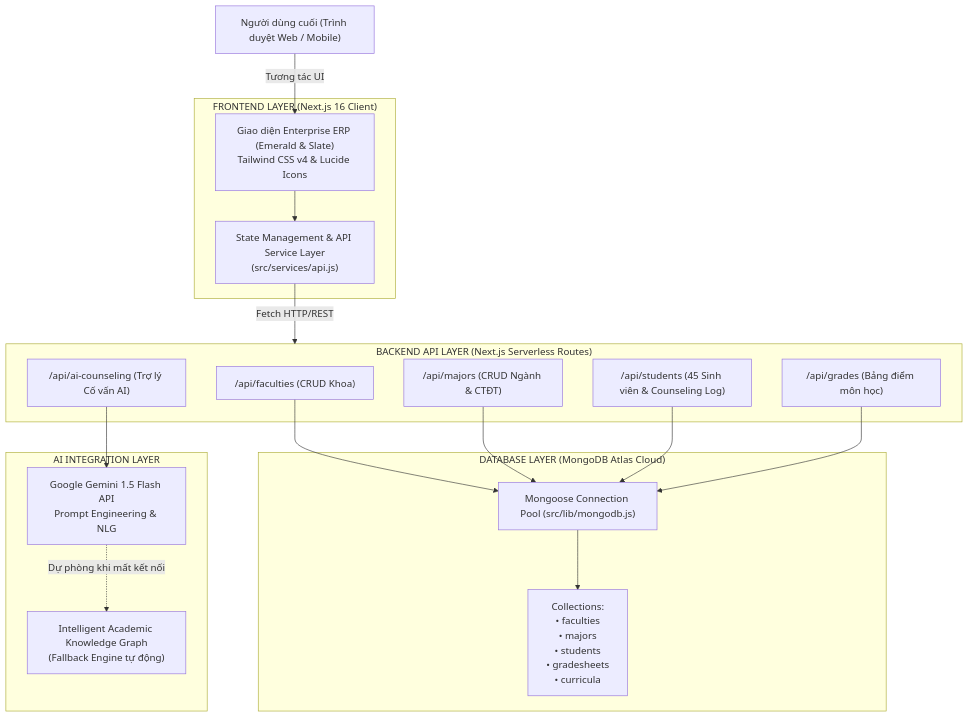
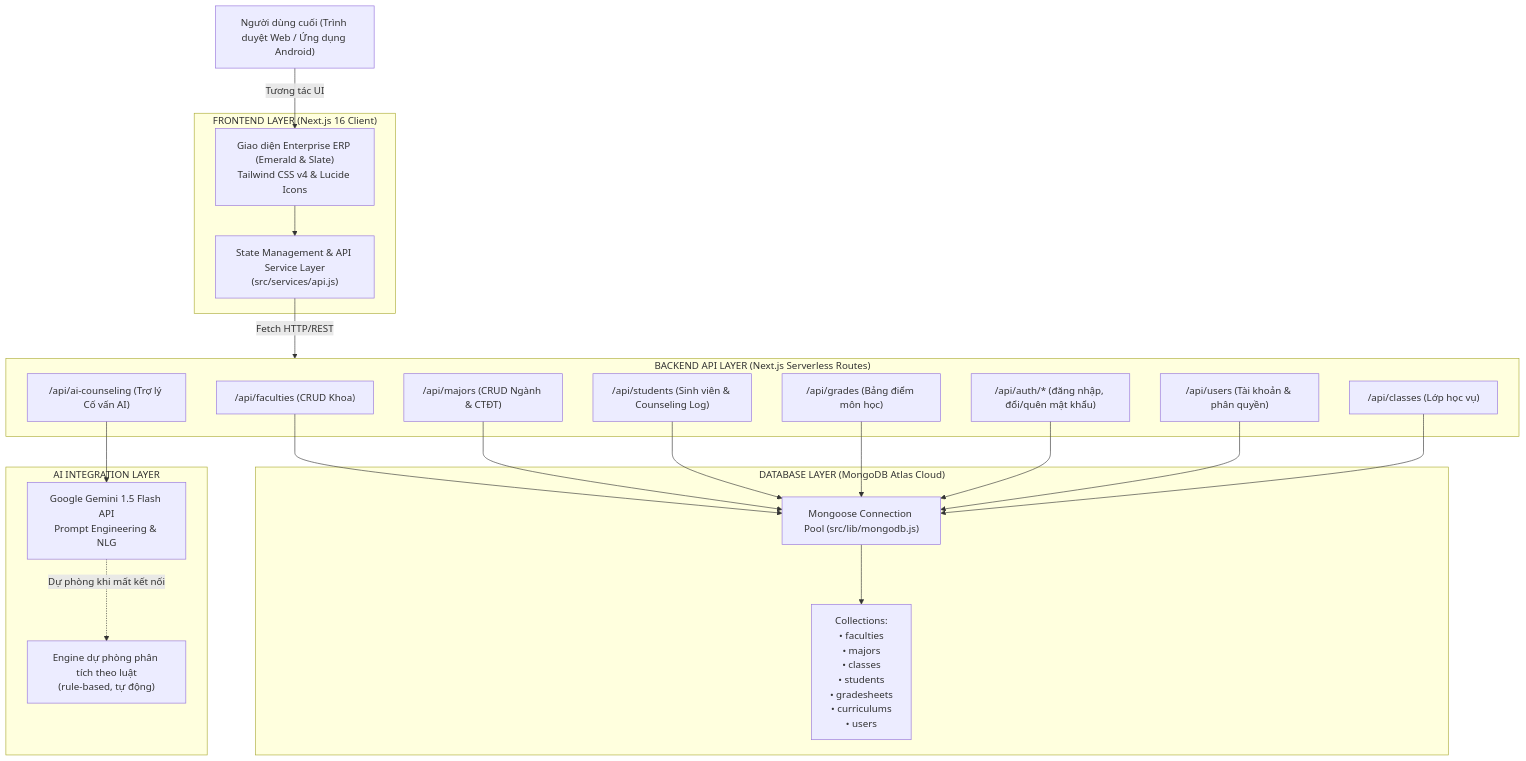
The second of 4 diagrams in docs/BAO_CAO_TOAN_DIEN_DU_AN_EDUALERT.md (legiahan2705/Project-EduAlert), drawn with Mermaid before and after one commit. The commit also changed other lines of this file and 23 other files, not shown here.

````diff
--- a/docs/BAO_CAO_TOAN_DIEN_DU_AN_EDUALERT.md
+++ b/docs/BAO_CAO_TOAN_DIEN_DU_AN_EDUALERT.md
@@ -107,34 +107,37 @@
 ```mermaid
 flowchart TD
-    User["Người dùng cuối (Trình duyệt Web / Mobile)"]
+    User["Người dùng cuối (Trình duyệt Web / Ứng dụng Android)"]
 
     subgraph FE_LAYER["FRONTEND LAYER (Next.js 16 Client)"]
         UI["Giao diện Enterprise ERP (Emerald & Slate)\nTailwind CSS v4 & Lucide Icons"]
         State["State Management & API Service Layer\n(src/services/api.js)"]
     end
 
     subgraph BE_LAYER["BACKEND API LAYER (Next.js Serverless Routes)"]
         R_Fac["/api/faculties (CRUD Khoa)"]
         R_Maj["/api/majors (CRUD Ngành & CTĐT)"]
-        R_Stu["/api/students (45 Sinh viên & Counseling Log)"]
+        R_Stu["/api/students (Sinh viên & Counseling Log)"]
+        R_Auth["/api/auth/* (đăng nhập, đổi/quên mật khẩu)"]
+        R_Usr["/api/users (Tài khoản & phân quyền)"]
+        R_Cls["/api/classes (Lớp học vụ)"]
         R_Grd["/api/grades (Bảng điểm môn học)"]
         R_AI["/api/ai-counseling (Trợ lý Cố vấn AI)"]
     end
 
     subgraph DB_LAYER["DATABASE LAYER (MongoDB Atlas Cloud)"]
         M_Conn["Mongoose Connection Pool (src/lib/mongodb.js)"]
-        M_Colls["Collections:\n• faculties\n• majors\n• students\n• gradesheets\n• curricula"]
+        M_Colls["Collections:\n• faculties\n• majors\n• classes\n• students\n• gradesheets\n• curriculums\n• users"]
     end
 
     subgraph AI_LAYER["AI INTEGRATION LAYER"]
         Gemini["Google Gemini 1.5 Flash API\nPrompt Engineering & NLG"]
-        Fallback["Intelligent Academic Knowledge Graph\n(Fallback Engine tự động)"]
+        Fallback["Engine dự phòng phân tích theo luật\n(rule-based, tự động)"]
     end
 
     User -->|Tương tác UI| UI
     UI --> State
     State -->|Fetch HTTP/REST| BE_LAYER
-    R_Fac & R_Maj & R_Stu & R_Grd --> M_Conn --> M_Colls
+    R_Fac & R_Maj & R_Stu & R_Grd & R_Auth & R_Usr & R_Cls --> M_Conn --> M_Colls
     R_AI --> Gemini
     Gemini -.->|Dự phòng khi mất kết nối| Fallback
 ```
````
